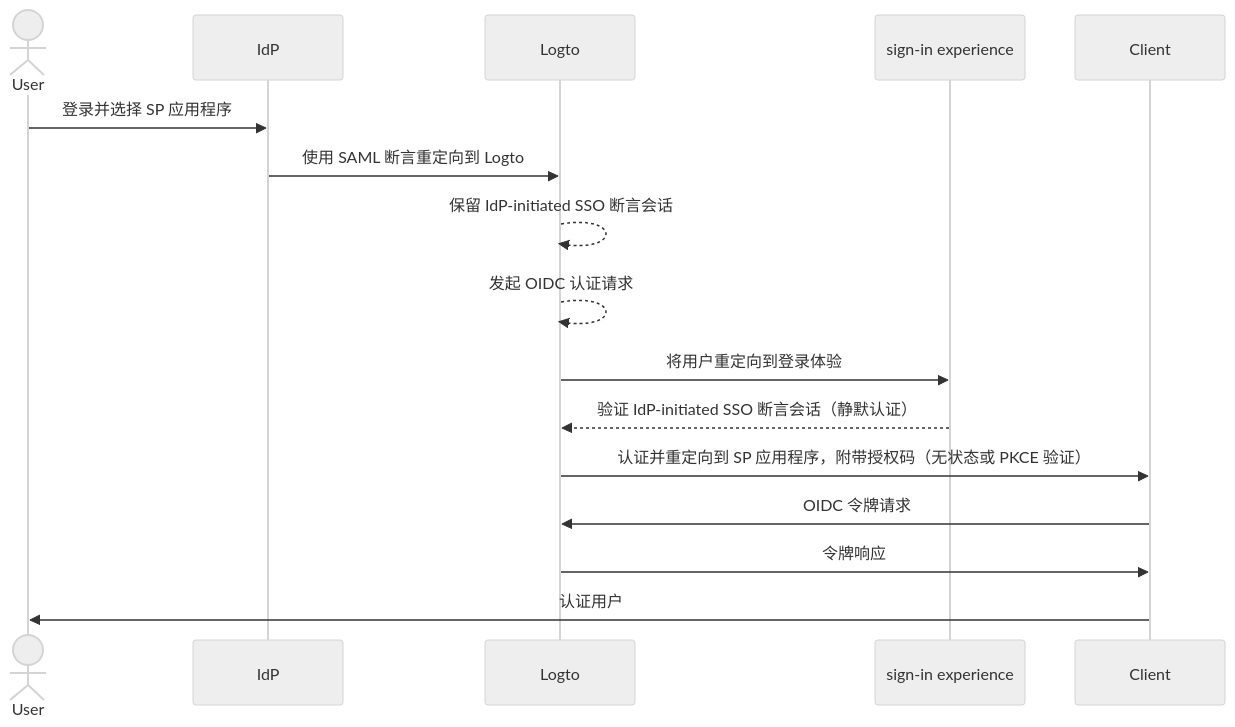
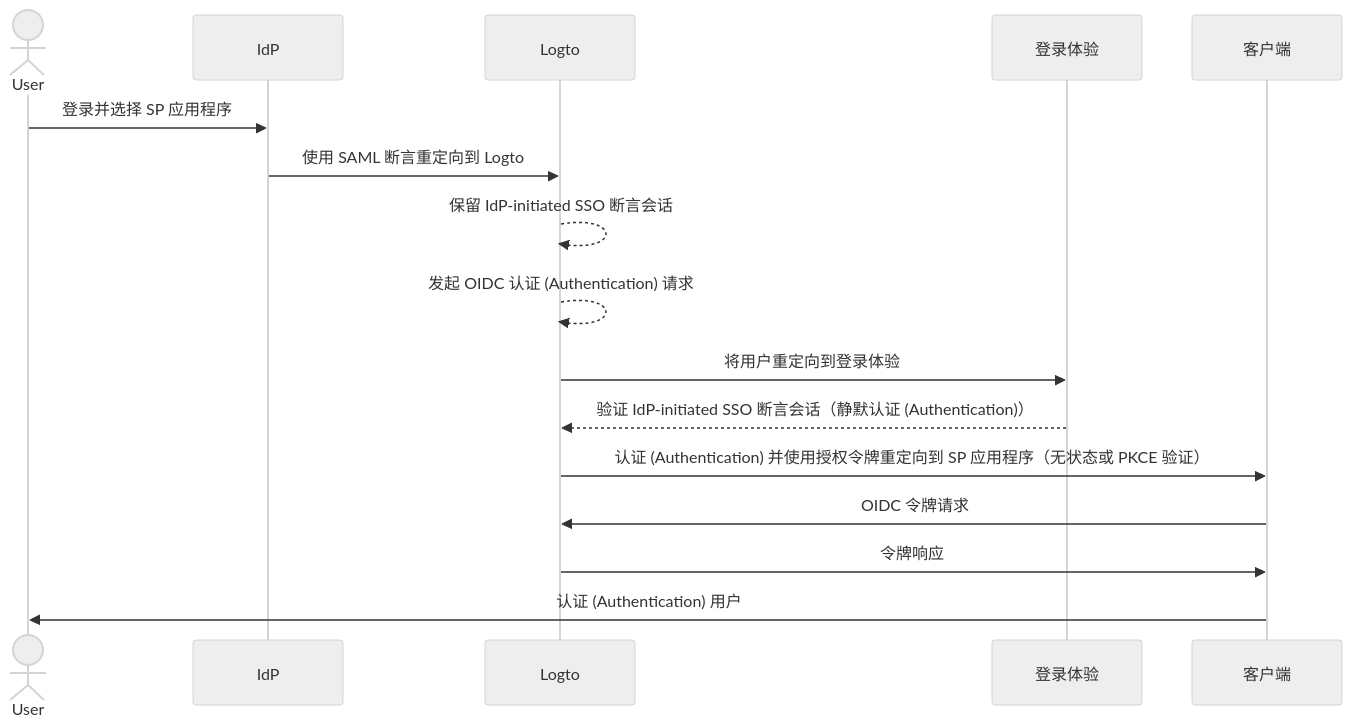
Before and after one commit to logto-io/docs: the second of 2 diagrams in i18n/zh-CN/docusaurus-plugin-content-docs/current/end-user-flows/enterprise-sso/idp-initiated-sso.mdx, drawn with Mermaid (neutral theme). The commit also changed other lines of this file and 2629 other files, not shown here.

````diff
--- a/i18n/zh-CN/docusaurus-plugin-content-docs/current/end-user-flows/enterprise-sso/idp-initiated-sso.mdx
+++ b/i18n/zh-CN/docusaurus-plugin-content-docs/current/end-user-flows/enterprise-sso/idp-initiated-sso.mdx
@@ -137,20 +140,20 @@
 ```mermaid
   sequenceDiagram
 
   actor User
   participant IdP as IdP
   participant Logto as Logto
-  participant Experience as sign-in experience
-  participant SP as Client
+  participant Experience as 登录体验
+  participant SP as 客户端
 
   User->>IdP: 登录并选择 SP 应用程序
   IdP->>Logto: 使用 SAML 断言重定向到 Logto
   Logto-->>Logto: 保留 IdP-initiated SSO 断言会话
-  Logto-->>Logto: 发起 OIDC 认证请求
+  Logto-->>Logto: 发起 OIDC 认证 (Authentication) 请求
   Logto->>Experience: 将用户重定向到登录体验
-  Experience-->>Logto: 验证 IdP-initiated SSO 断言会话（静默认证）
-  Logto->>SP: 认证并重定向到 SP 应用程序，附带授权码（无状态或 PKCE 验证）
+  Experience-->>Logto: 验证 IdP-initiated SSO 断言会话（静默认证 (Authentication)）
+  Logto->>SP: 认证 (Authentication) 并使用授权令牌重定向到 SP 应用程序（无状态或 PKCE 验证）
   SP->>Logto: OIDC 令牌请求
   Logto->>SP: 令牌响应
-  SP->>User: 认证用户
+  SP->>User: 认证 (Authentication) 用户
 ```
````
